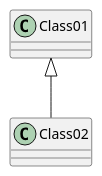
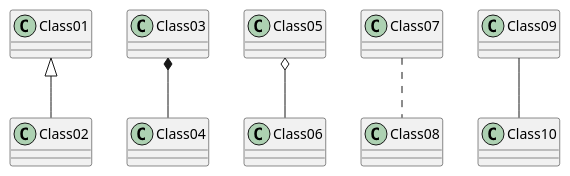
One commit to yulu86/plantuml-demo changed the diagram in chapter3/section1.md. Above: the diagram before and after it, drawn with PlantUML.

Commit message:
增加图示

````diff
--- a/chapter3/section1.md
+++ b/chapter3/section1.md
@@ -7,5 +7,9 @@
 ```plantuml
 @startuml
 Class01 <|-- Class02
+Class03 *-- Class04
+Class05 o-- Class06
+Class07 .. Class08
+Class09 -- Class10
 @enduml
 ```
````
